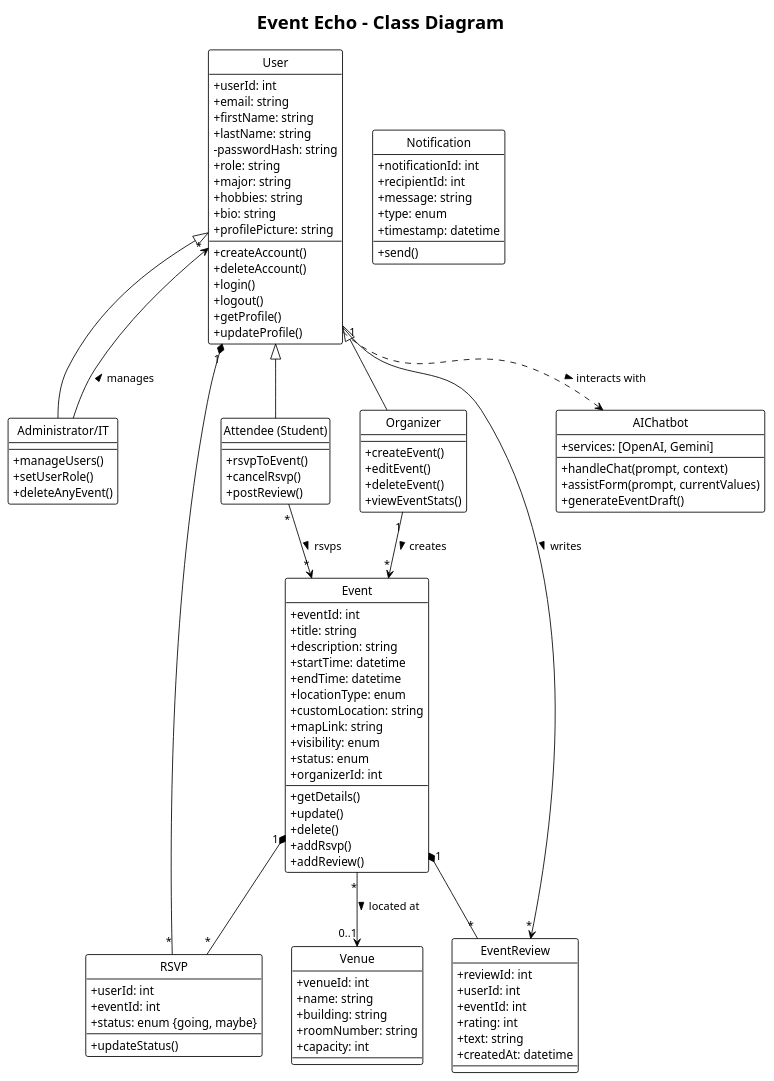
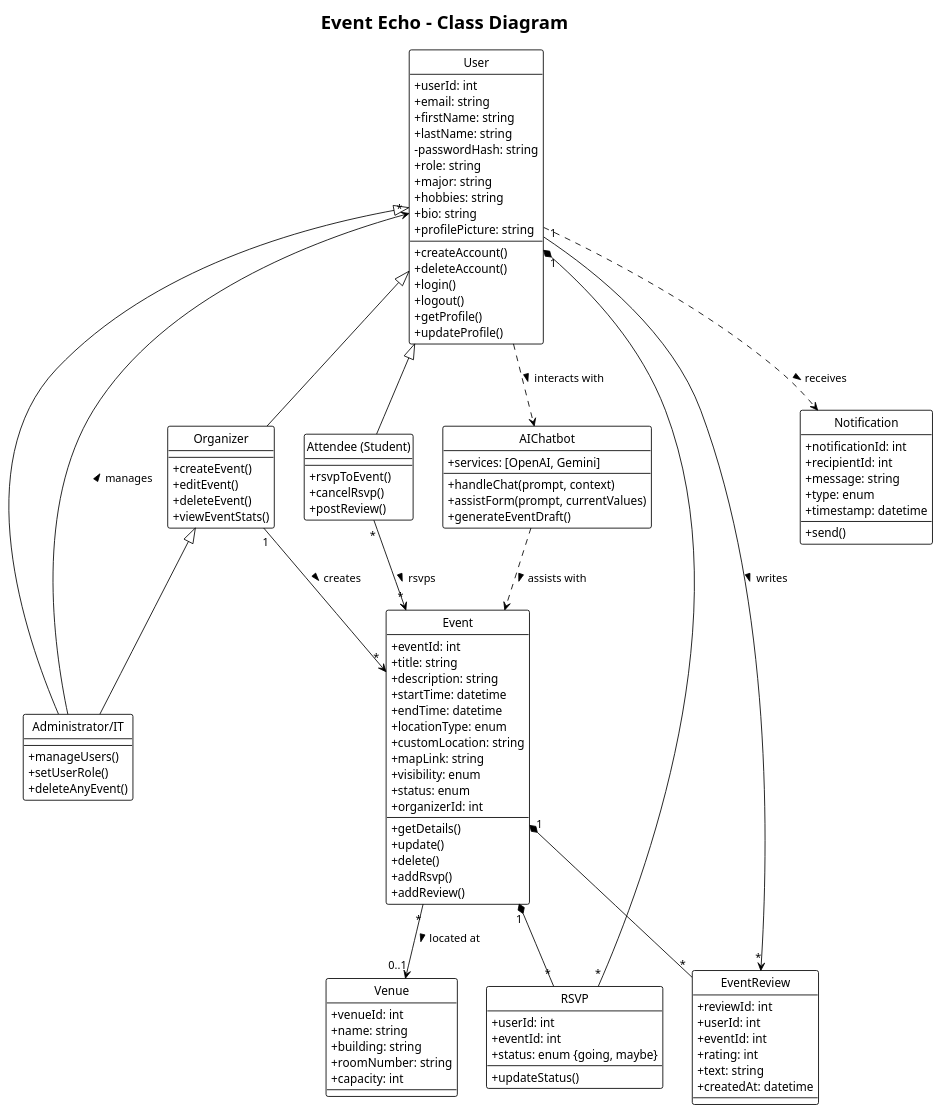
Before and after one commit to JoshuaCYin/Event-Echo-Lite: the diagram in docs/diagrams/class_key_components.puml, drawn with PlantUML.

Commit message:
Update class diagram.

```diff
--- a/docs/diagrams/class_key_components.puml
+++ b/docs/diagrams/class_key_components.puml
@@ -1,136 +1,140 @@
 @startuml
 !theme plain
 title Event Echo - Class Diagram
 hide circle
 skinparam classAttributeIconSize 0
 
 ' Base User Class
 class "User" {
     + userId: int
     + email: string
     + firstName: string
     + lastName: string
     - passwordHash: string
     + role: string
     + major: string
     + hobbies: string
     + bio: string
     + profilePicture: string
     --
     + createAccount()
     + deleteAccount()
     + login()
     + logout()
     + getProfile()
     + updateProfile()
 }
 
 ' Subclasses based on Role
 class "Administrator/IT" as Admin {
     + manageUsers()
     + setUserRole()
     + deleteAnyEvent()
 }
 
 class "Attendee (Student)" as Student {
     + rsvpToEvent()
     + cancelRsvp()
     + postReview()
 }
 
 class "Organizer" as Organizer {
     + createEvent()
     + editEvent()
     + deleteEvent()
     + viewEventStats()
 }
 
 User <|-- Admin
 User <|-- Student
 User <|-- Organizer
+Organizer <|-- Admin
 
 ' Event Class
 class "Event" {
     + eventId: int
     + title: string
     + description: string
     + startTime: datetime
     + endTime: datetime
     + locationType: enum
     + customLocation: string
     + mapLink: string
     + visibility: enum
     + status: enum
     + organizerId: int
     --
     + getDetails()
     + update()
     + delete()
     + addRsvp()
     + addReview()
 }
 
 ' Associations
 Organizer "1" --> "*" Event : creates >
 Student "*" --> "*" Event : rsvps >
 Admin --> "*" User : manages >
+
 
 ' RSVP Entity (Association Class or Link)
 class "RSVP" {
     + userId: int
     + eventId: int
     + status: enum {going, maybe}
     --
     + updateStatus()
 }
 
 Event "1" *-- "*" RSVP
 User "1" *-- "*" RSVP
 
 ' Reviews
 class "EventReview" {
     + reviewId: int
     + userId: int
     + eventId: int
     + rating: int
     + text: string
     + createdAt: datetime
 }
 
 Event "1" *-- "*" EventReview
 User "1" --> "*" EventReview : writes >
 
 ' Venue
 class "Venue" {
     + venueId: int
     + name: string
     + building: string
     + roomNumber: string
     + capacity: int
 }
 
 Event "*" --> "0..1" Venue : located at >
 
 ' Notification Service (Conceptual)
 class "Notification" {
     + notificationId: int
     + recipientId: int
     + message: string
     + type: enum
     + timestamp: datetime
     --
     + send()
 }
 
 ' AI Service
 class "AIChatbot" {
     + services: [OpenAI, Gemini]
     --
     + handleChat(prompt, context)
     + assistForm(prompt, currentValues)
     + generateEventDraft()
 }
 
 User ..> AIChatbot : interacts with >
+AIChatbot ..> Event : assists with >
+User ..> Notification : receives >
 
 @enduml
```
